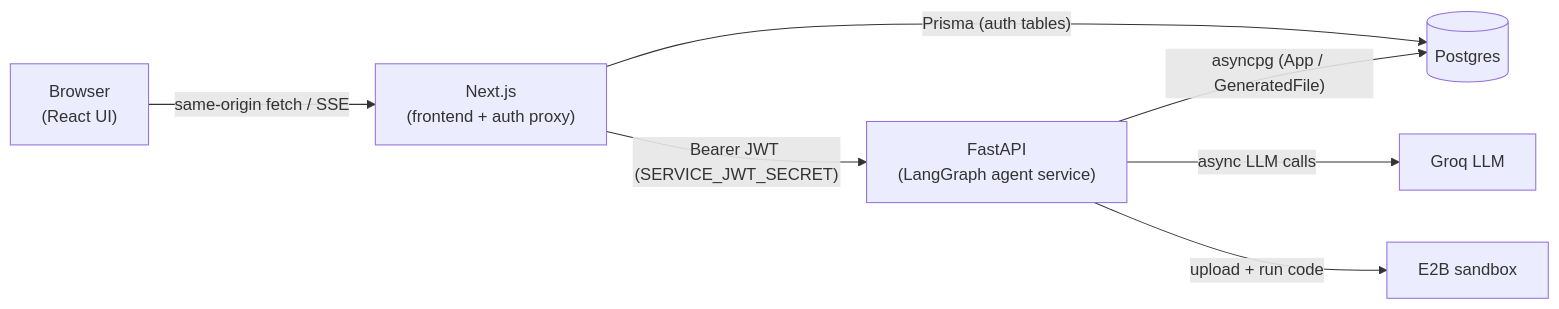
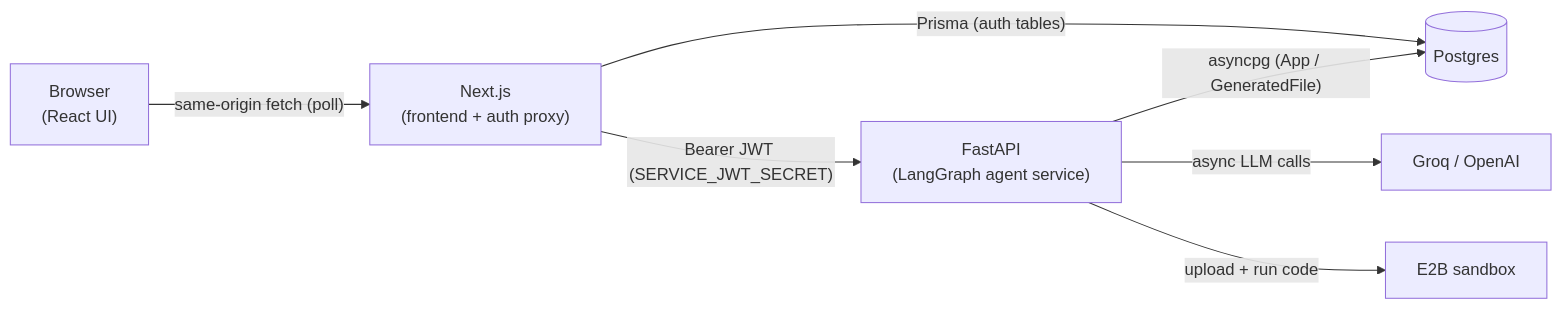
Before and after one commit to Kanavpreet-Singh/CodeBuddy: the diagram in README.md, drawn with Mermaid. The commit also changed other lines of this file and 5 other files, not shown here.

````diff
--- a/README.md
+++ b/README.md
@@ -21,16 +41,16 @@
 ```mermaid
 flowchart LR
     Browser["Browser<br/>(React UI)"]
     Next["Next.js<br/>(frontend + auth proxy)"]
     API["FastAPI<br/>(LangGraph agent service)"]
     DB[("Postgres")]
-    Groq["Groq LLM"]
+    LLM["Groq / OpenAI"]
     E2B["E2B sandbox"]
 
-    Browser -->|"same-origin fetch / SSE"| Next
+    Browser -->|"same-origin fetch (poll)"| Next
     Next -->|"Bearer JWT (SERVICE_JWT_SECRET)"| API
     Next -->|"Prisma (auth tables)"| DB
     API -->|"asyncpg (App / GeneratedFile)"| DB
-    API -->|"async LLM calls"| Groq
+    API -->|"async LLM calls"| LLM
     API -->|"upload + run code"| E2B
 ```
````
